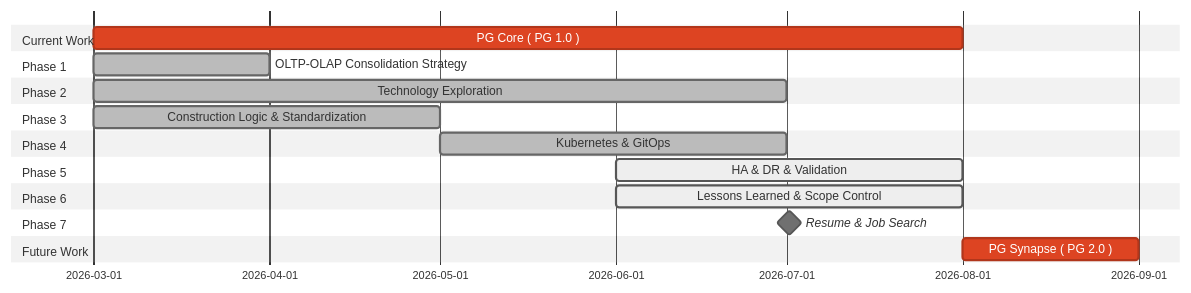
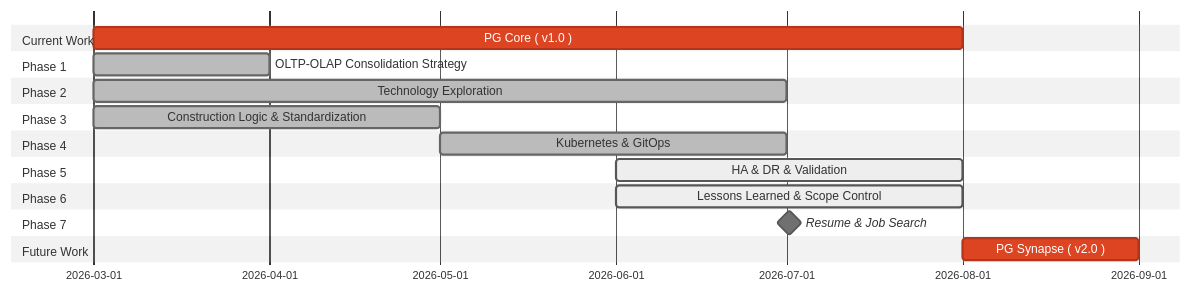
Before and after one commit to Junwu0615/PG-Core: the diagram in README.md, drawn with Mermaid (neutral theme). The commit also changed other lines of this file, not shown here.

Commit message:
update somethings

````diff
--- a/README.md
+++ b/README.md
@@ -869,31 +869,31 @@
 ```mermaid
 gantt
     dateFormat YYYY-MM
 
     section Current Work
-    PG Core ( PG 1.0 )                          :crit, a0, 2026-03, 5M
+    PG Core ( v1.0 )                            :crit, a0, 2026-03, 5M
     
     section Phase 1
     OLTP-OLAP Consolidation Strategy            :done, a1, 2026-03, 1M
 
     section Phase 2
     Technology Exploration                      :done, a2, 2026-03, 4M
 
     section Phase 3
     Construction Logic & Standardization        :done, a3, 2026-03, 2M
 
     section Phase 4
     Kubernetes & GitOps                         :done, a4, 2026-05, 2M
 
     section Phase 5
     HA & DR & Validation                        :active, a5, 2026-06, 2M
 
     section Phase 6
     Lessons Learned & Scope Control             :active, a6, 2026-06, 2M
 
     section Phase 7
     Resume & Job Search                         :milestone, a7, 2026-07, 1d
 
     section Future Work
-    PG Synapse ( PG 2.0 )                       :crit, a8, 2026-08, 1M
+    PG Synapse ( v2.0 )                         :crit, a8, 2026-08, 1M
 ```
````
